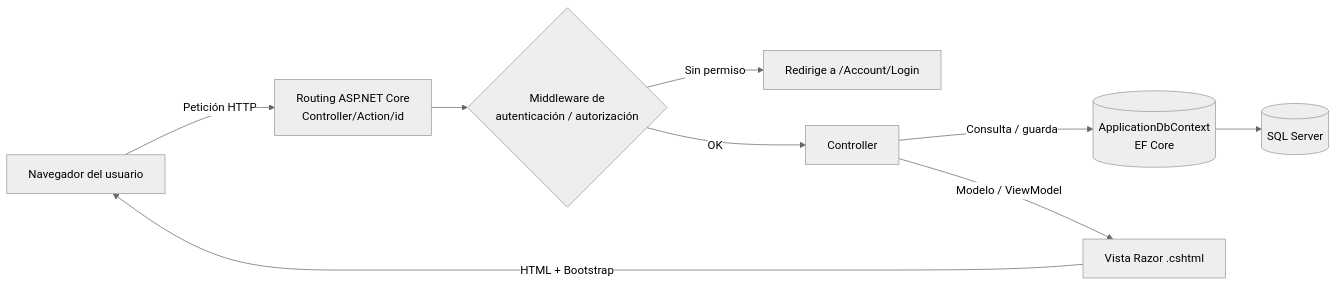
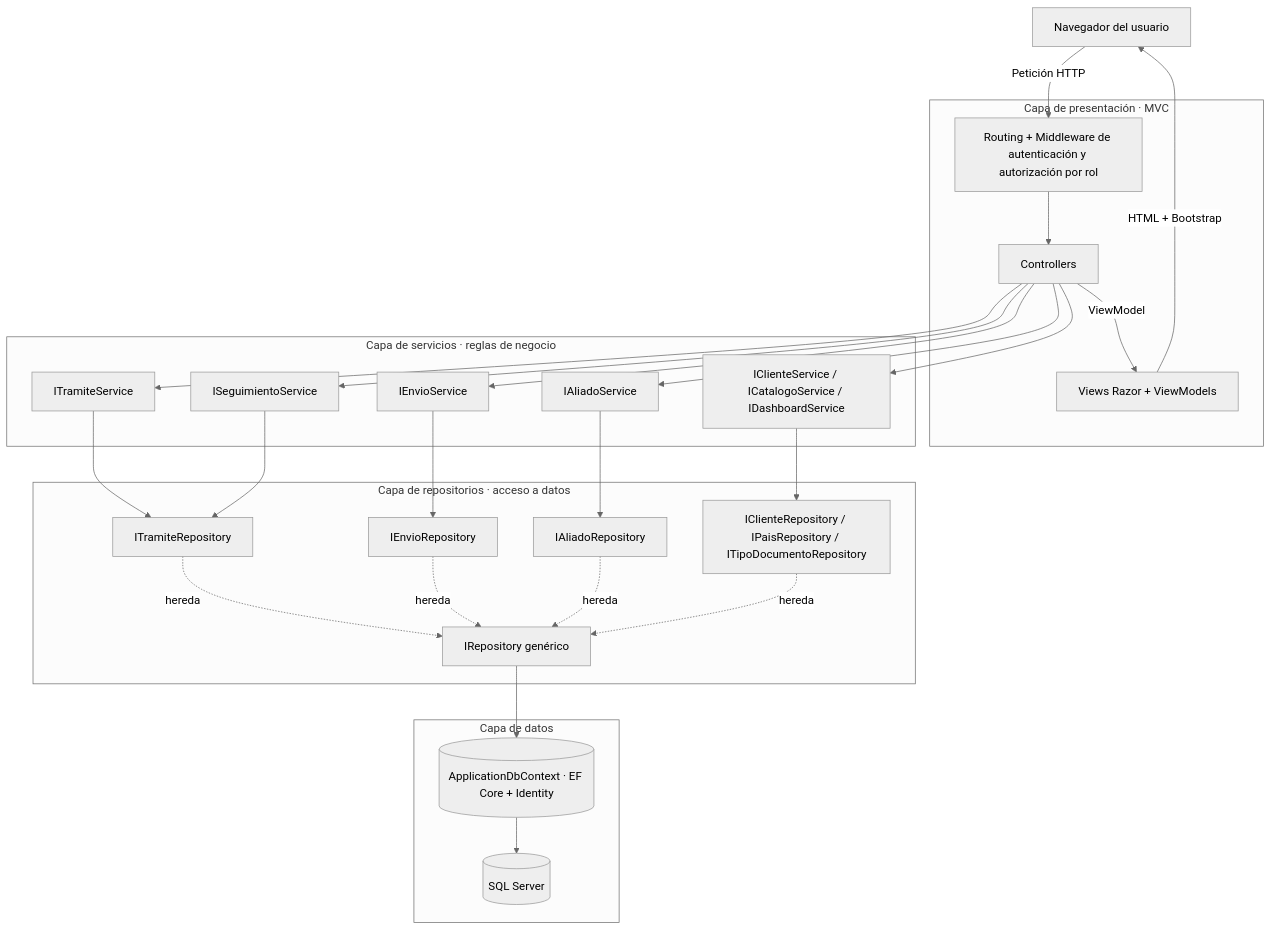
The first of 5 diagrams in docs/arquitectura/diagrama-mvc.md (Androx2000/AliadaLegal-DAS901), drawn with Mermaid (neutral theme) before and after one commit. The commit also changed other lines of this file and 1 other file, not shown here.

Commit message:
Corrige arquitectura: capas Servicios/Repositorios y envío opcional por trámite

````diff
--- a/docs/arquitectura/diagrama-mvc.md
+++ b/docs/arquitectura/diagrama-mvc.md
@@ -10,11 +12,41 @@
 ```mermaid
-flowchart LR
-    U[Navegador del usuario] -- Petición HTTP --> R[Routing ASP.NET Core<br/>Controller/Action/id]
-    R --> AU{Middleware de<br/>autenticación / autorización}
-    AU -- Sin permiso --> LG[Redirige a /Account/Login]
-    AU -- OK --> C[Controller]
-    C -- Consulta / guarda --> DB[(ApplicationDbContext<br/>EF Core)]
-    DB --> SQL[(SQL Server)]
-    C -- Modelo / ViewModel --> V[Vista Razor .cshtml]
-    V -- HTML + Bootstrap --> U
+flowchart TB
+    U[Navegador del usuario]
+
+    subgraph P[Capa de presentación · MVC]
+        R[Routing + Middleware de autenticación y autorización por rol]
+        C[Controllers]
+        V[Views Razor + ViewModels]
+    end
+
+    subgraph S[Capa de servicios · reglas de negocio]
+        S1[ITramiteService]
+        S2[ISeguimientoService]
+        S3[IEnvioService]
+        S4[IAliadoService]
+        S5[IClienteService / ICatalogoService / IDashboardService]
+    end
+
+    subgraph RP[Capa de repositorios · acceso a datos]
+        R1[ITramiteRepository]
+        R2[IEnvioRepository]
+        R3[IAliadoRepository]
+        R4[IClienteRepository / IPaisRepository / ITipoDocumentoRepository]
+        RG[IRepository genérico]
+    end
+
+    subgraph D[Capa de datos]
+        CTX[(ApplicationDbContext · EF Core + Identity)]
+        SQL[(SQL Server)]
+    end
+
+    U -- Petición HTTP --> R --> C
+    C -- ViewModel --> V -- HTML + Bootstrap --> U
+    C --> S1 & S2 & S3 & S4 & S5
+    S1 & S2 --> R1
+    S3 --> R2
+    S4 --> R3
+    S5 --> R4
+    R1 & R2 & R3 & R4 -.hereda.-> RG
+    RG --> CTX --> SQL
 ```
````
